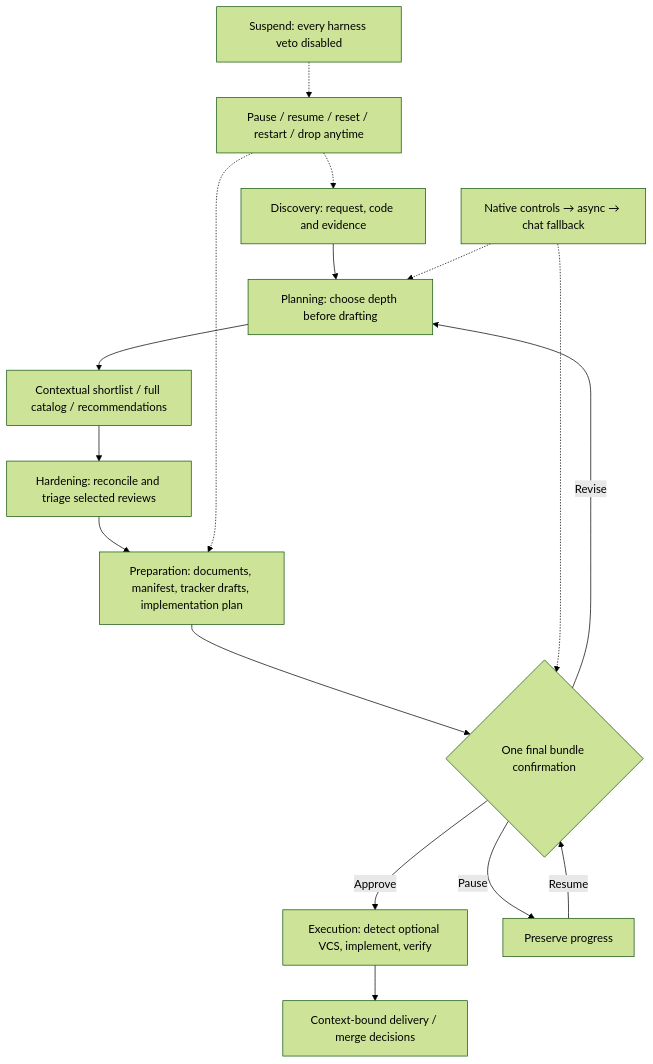
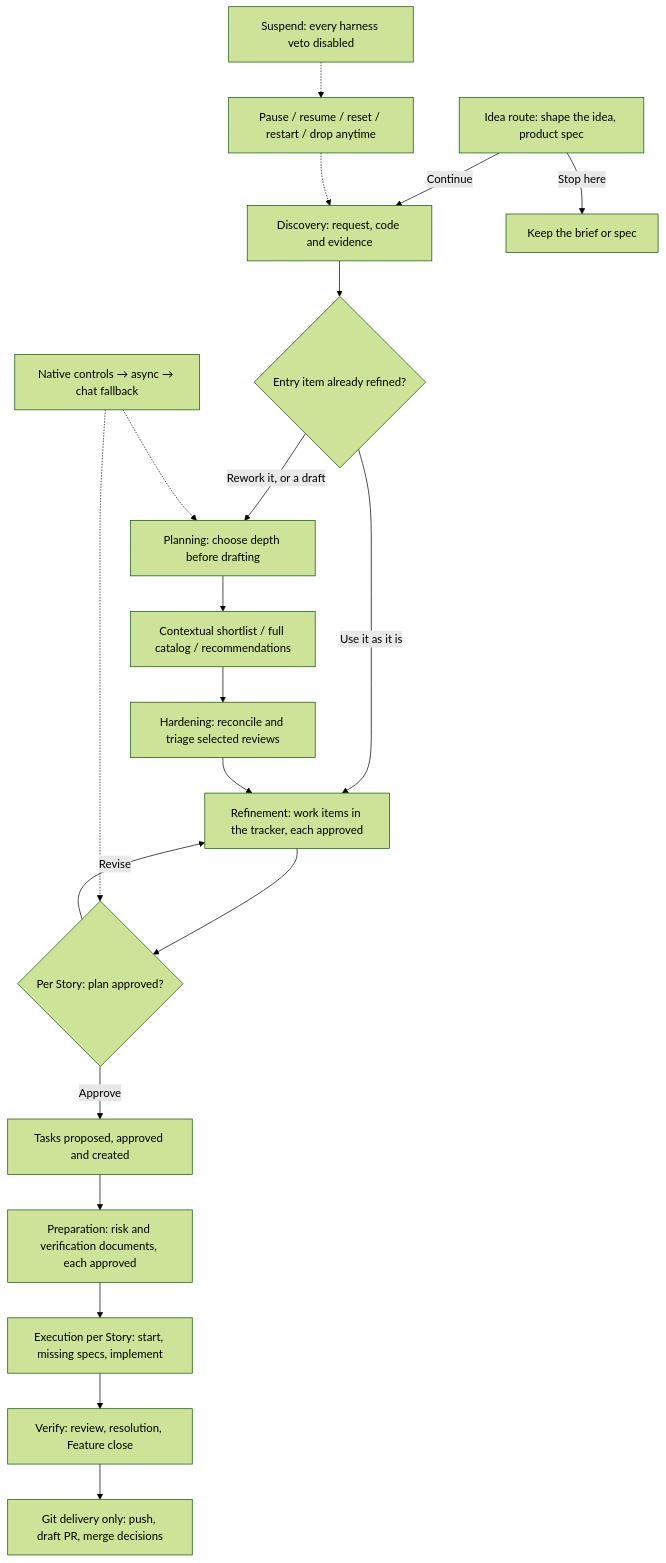
Before and after one commit to Monolith-INC/monolithic-dev-harness: the diagram in docs/assets/diagrams/harness-main-flow.mmd, drawn with Mermaid (forest theme). The commit also changed 25 other files, not shown here.

```diff
--- a/docs/assets/diagrams/harness-main-flow.mmd
+++ b/docs/assets/diagrams/harness-main-flow.mmd
@@ -1,16 +1,20 @@
 flowchart TD
-  D[Discovery: request, code and evidence] --> P[Planning: choose depth before drafting]
+  I[Idea route: shape the idea, product spec] -->|Continue| D
+  I -->|Stop here| X[Keep the brief or spec]
+  D[Discovery: request, code and evidence] --> RS{Entry item already refined?}
+  RS -->|Rework it, or a draft| P[Planning: choose depth before drafting]
+  RS -->|Use it as it is| R
   P --> M[Contextual shortlist / full catalog / recommendations]
   M --> H[Hardening: reconcile and triage selected reviews]
-  H --> A[Preparation: documents, manifest, tracker drafts, implementation plan]
-  A --> C{One final bundle confirmation}
-  C -->|Approve| E[Execution: detect optional VCS, implement, verify]
-  C -->|Revise| P
-  C -->|Pause| R[Preserve progress]
-  R -->|Resume| C
+  H --> R[Refinement: work items in the tracker, each approved]
+  R --> PL{Per Story: plan approved?}
+  PL -->|Approve| T[Tasks proposed, approved and created]
+  PL -->|Revise| R
+  T --> PR[Preparation: risk and verification documents, each approved]
+  PR --> E[Execution per Story: start, missing specs, implement]
+  E --> V[Verify: review, resolution, Feature close]
   U[Native controls → async → chat fallback] -.-> P
-  U -.-> C
+  U -.-> PL
   S[Pause / resume / reset / restart / drop anytime] -.-> D
-  S -.-> A
   F[Suspend: every harness veto disabled] -.-> S
-  E --> W[Context-bound delivery / merge decisions]
+  V --> W[Git delivery only: push, draft PR, merge decisions]
```
